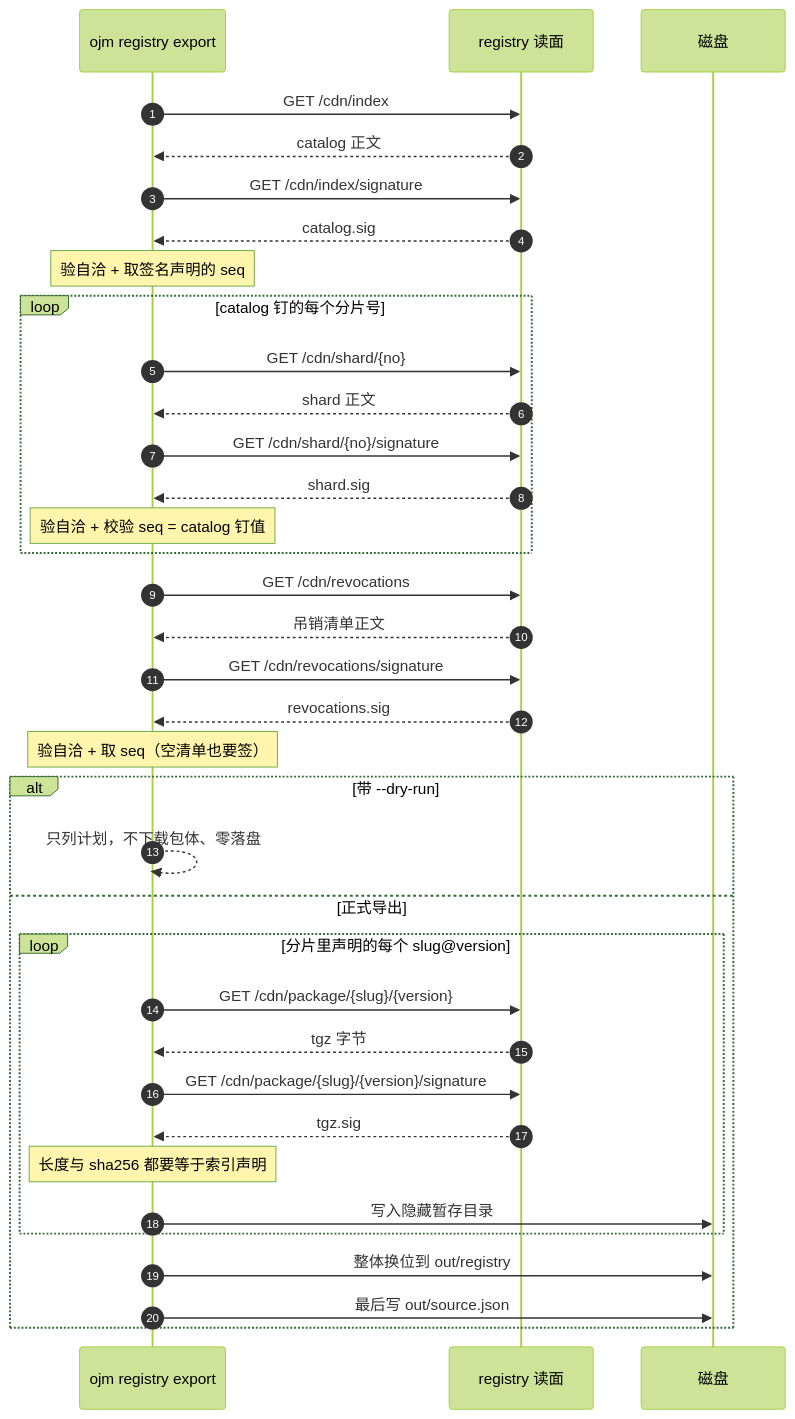
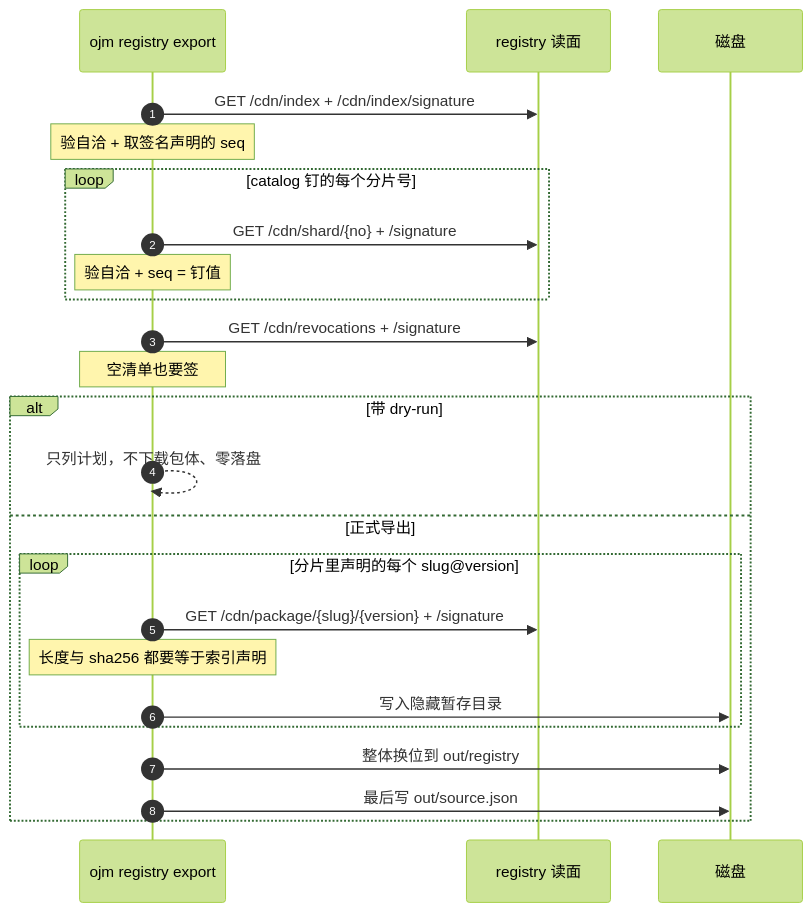
Before and after one commit to everpan/oj-module: diagram 13 of 21 in docs/prd/20261026-registry-cli-commands-design.md, drawn with Mermaid (forest theme). The commit also changed other lines of this file and 1 other file, not shown here.

Commit message:
docs(prd): registry 相关 CLI 命令全图（publish/install/sign/export/import/list 等，26 张 mermaid）

````diff
--- a/docs/prd/20261026-registry-cli-commands-design.md
+++ b/docs/prd/20261026-registry-cli-commands-design.md
@@ -79,42 +360,27 @@
 ```mermaid
 sequenceDiagram
     autonumber
     participant CLI as ojm registry export
     participant R as registry 读面
     participant FS as 磁盘
 
-    CLI->>R: GET /cdn/index
-    R-->>CLI: catalog 正文
-    CLI->>R: GET /cdn/index/signature
-    R-->>CLI: catalog.sig
+    CLI->>R: GET /cdn/index + /cdn/index/signature
     Note over CLI: 验自洽 + 取签名声明的 seq
-
     loop catalog 钉的每个分片号
-        CLI->>R: GET /cdn/shard/{no}
-        R-->>CLI: shard 正文
-        CLI->>R: GET /cdn/shard/{no}/signature
-        R-->>CLI: shard.sig
-        Note over CLI: 验自洽 + 校验 seq = catalog 钉值
+        CLI->>R: GET /cdn/shard/{no} + /signature
+        Note over CLI: 验自洽 + seq = 钉值
     end
-
-    CLI->>R: GET /cdn/revocations
-    R-->>CLI: 吊销清单正文
-    CLI->>R: GET /cdn/revocations/signature
-    R-->>CLI: revocations.sig
-    Note over CLI: 验自洽 + 取 seq（空清单也要签）
-
-    alt 带 --dry-run
+    CLI->>R: GET /cdn/revocations + /signature
+    Note over CLI: 空清单也要签
+    alt 带 dry-run
         CLI-->>CLI: 只列计划，不下载包体、零落盘
     else 正式导出
         loop 分片里声明的每个 slug@version
-            CLI->>R: GET /cdn/package/{slug}/{version}
-            R-->>CLI: tgz 字节
-            CLI->>R: GET /cdn/package/{slug}/{version}/signature
-            R-->>CLI: tgz.sig
+            CLI->>R: GET /cdn/package/{slug}/{version} + /signature
             Note over CLI: 长度与 sha256 都要等于索引声明
             CLI->>FS: 写入隐藏暂存目录
         end
         CLI->>FS: 整体换位到 out/registry
         CLI->>FS: 最后写 out/source.json
     end
 ```
````
